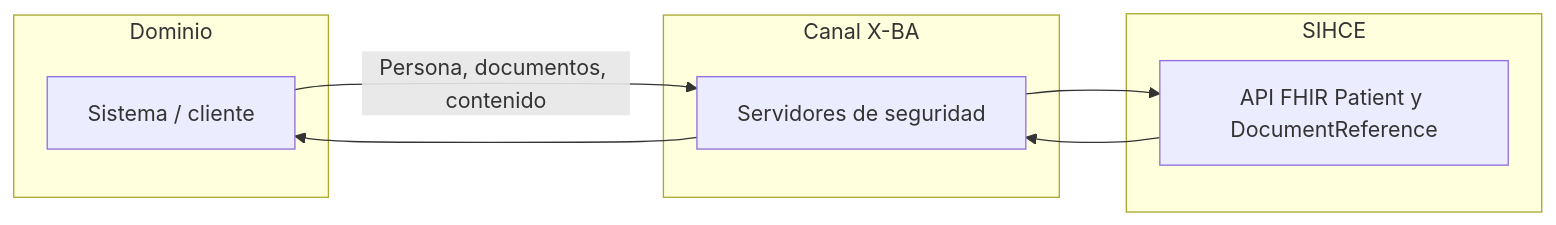
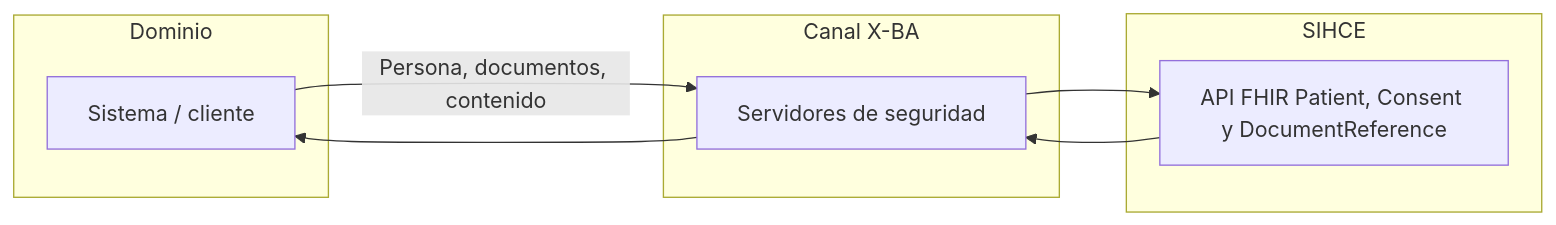
One commit to HL7-AR/sihce-ig changed the first of 10 diagrams in input/pagecontent/CasosDeUso.md. Above: the diagram before and after it, drawn with Mermaid. The commit also changed other lines of this file and 55 other files, not shown here.

````diff
--- a/input/pagecontent/CasosDeUso.md
+++ b/input/pagecontent/CasosDeUso.md
@@ -9,16 +9,16 @@
 ```mermaid
 flowchart LR
   subgraph Dominio["Dominio"]
     CAPP[Sistema / cliente]
   end
   subgraph Canal["Canal X-BA"]
     XR[Servidores de seguridad]
   end
   subgraph Proveedor["SIHCE"]
-    FHIR[API FHIR Patient y DocumentReference]
+    FHIR[API FHIR Patient, Consent y DocumentReference]
   end
   CAPP -->|"Persona, documentos, contenido"| XR
   XR --> FHIR
   FHIR --> XR
   XR --> CAPP
 ```
````
